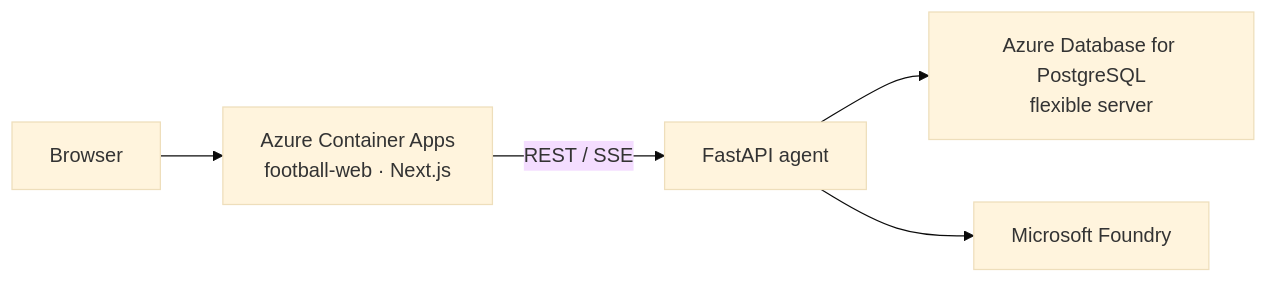
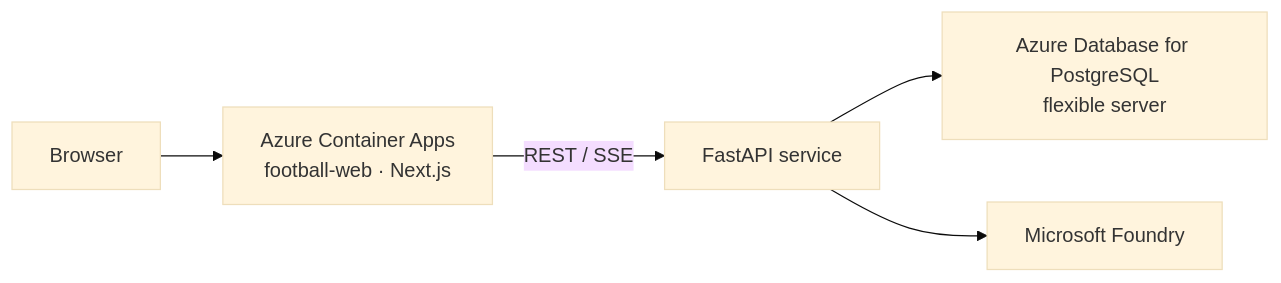
One commit to BarbaraZhu22/hack-football changed the diagram in README.md. Above: the diagram before and after it, drawn with Mermaid (base theme). The commit also changed other lines of this file, not shown here.

````diff
--- a/README.md
+++ b/README.md
@@ -9,7 +11,7 @@
 ```mermaid
 flowchart LR
   browser[Browser] --> web["Azure Container Apps<br/>football-web · Next.js"]
-  web -->|REST / SSE| agent[FastAPI agent]
-  agent --> db["Azure Database for PostgreSQL<br/>flexible server"]
-  agent --> foundry[Microsoft Foundry]
+  web -->|REST / SSE| service[FastAPI service]
+  service --> db["Azure Database for PostgreSQL<br/>flexible server"]
+  service --> foundry[Microsoft Foundry]
 ```
````
